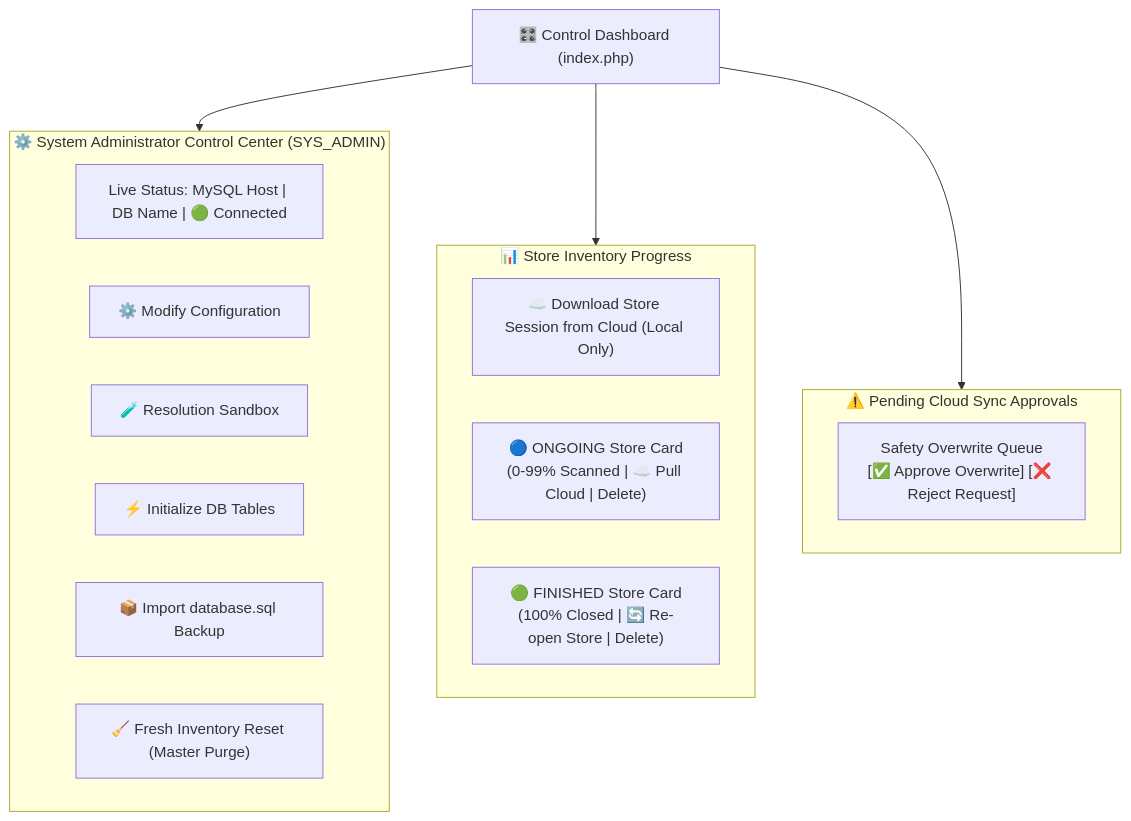
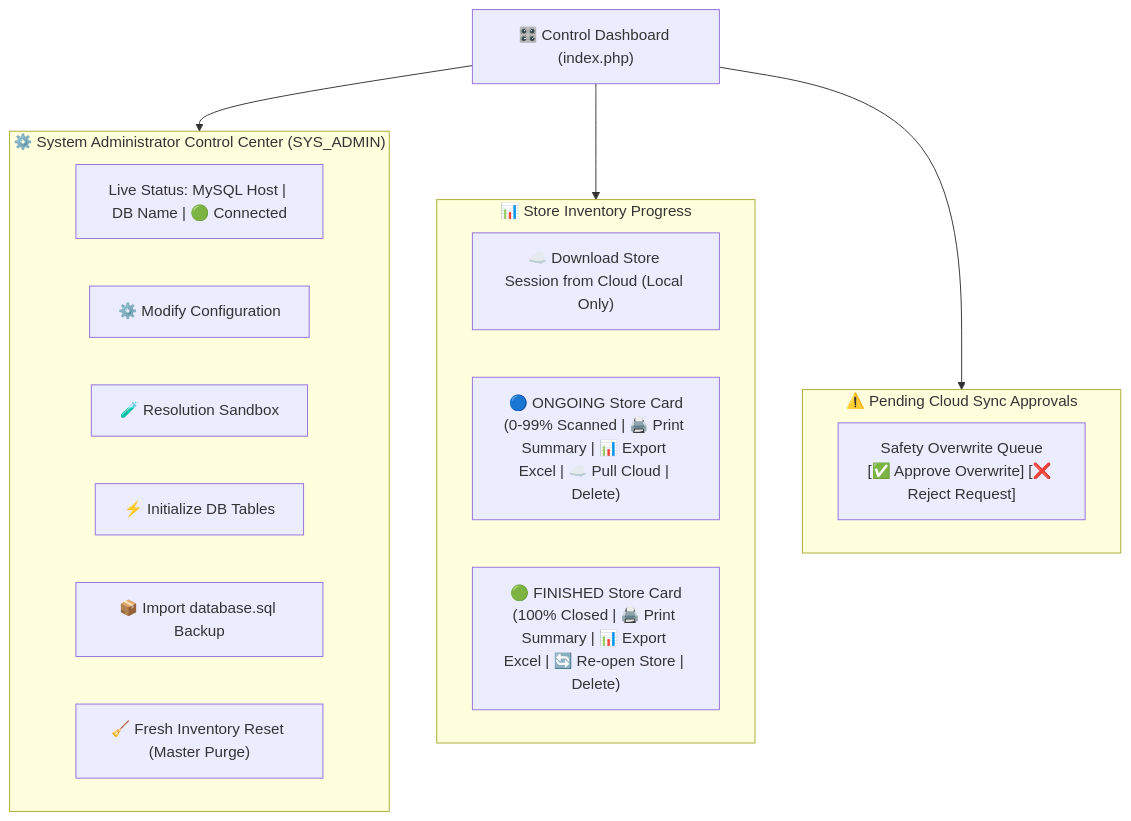
The first of 2 diagrams in docs/CONTROL_DASHBOARD_MANUAL.md (crisjer009/OWIPI), drawn with Mermaid before and after one commit. The commit also changed other lines of this file and 8 other files, not shown here.

Commit message:
Add Print Summary and Export Excel features on store cards in admin & system admin dashboard

````diff
--- a/docs/CONTROL_DASHBOARD_MANUAL.md
+++ b/docs/CONTROL_DASHBOARD_MANUAL.md
@@ -10,27 +10,27 @@
 ```mermaid
 graph TD
     Dashboard["🎛️ Control Dashboard (index.php)"]
     
     subgraph SysAdminCenter ["⚙️ System Administrator Control Center (SYS_ADMIN)"]
         StatusPill["Live Status: MySQL Host | DB Name | 🟢 Connected"]
         BtnConfig["⚙️ Modify Configuration"]
         BtnSandbox["🧪 Resolution Sandbox"]
         BtnInit["⚡ Initialize DB Tables"]
         BtnImport["📦 Import database.sql Backup"]
         BtnReset["🧹 Fresh Inventory Reset (Master Purge)"]
     end
     
     subgraph StoreProgress ["📊 Store Inventory Progress"]
         BtnDownloadCloud["☁️ Download Store Session from Cloud (Local Only)"]
-        CardOngoing["🔵 ONGOING Store Card<br>(0-99% Scanned | ☁️ Pull Cloud | Delete)"]
-        CardFinished["🟢 FINISHED Store Card<br>(100% Closed | 🔄 Re-open Store | Delete)"]
+        CardOngoing["🔵 ONGOING Store Card<br>(0-99% Scanned | 🖨️ Print Summary | 📊 Export Excel | ☁️ Pull Cloud | Delete)"]
+        CardFinished["🟢 FINISHED Store Card<br>(100% Closed | 🖨️ Print Summary | 📊 Export Excel | 🔄 Re-open Store | Delete)"]
     end
 
     subgraph Approvals ["⚠️ Pending Cloud Sync Approvals"]
         SyncQueue["Safety Overwrite Queue<br>[✅ Approve Overwrite] [❌ Reject Request]"]
     end
 
     Dashboard --> SysAdminCenter
     Dashboard --> StoreProgress
     Dashboard --> Approvals
 ```
````
